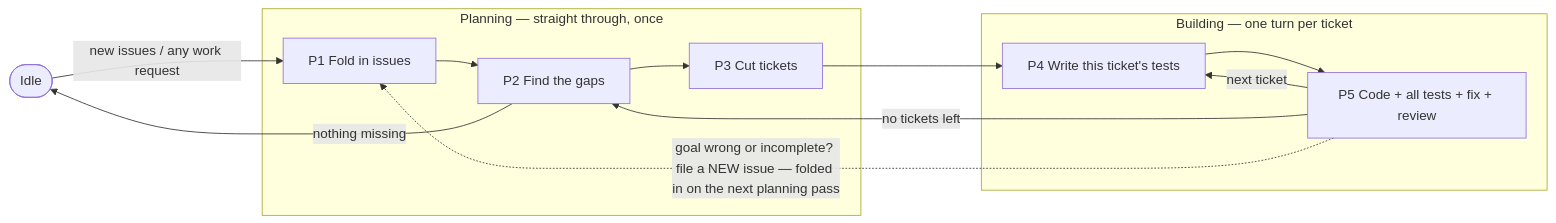
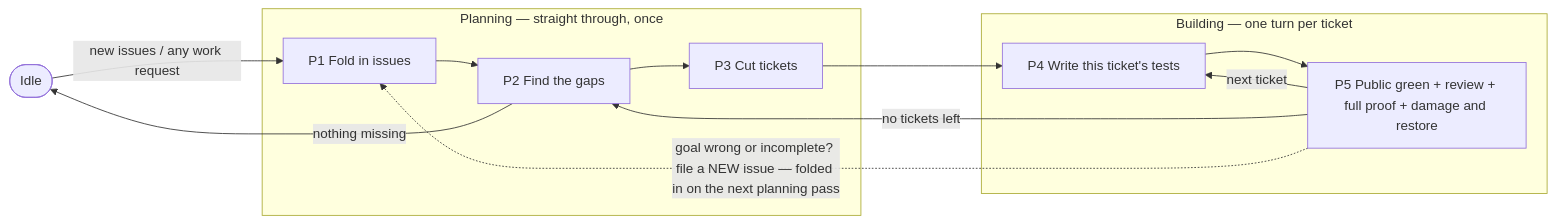
One commit to egoisth777/ratmac changed the diagram in .arca/schema.md. Above: the diagram before and after it, drawn with Mermaid. The commit also changed other lines of this file and 123 other files, not shown here.

````diff
--- a/.arca/schema.md
+++ b/.arca/schema.md
@@ -318,15 +321,15 @@
 ```mermaid
 flowchart LR
     IDLE([Idle]) -->|new issues / any work request| P1
     subgraph PLAN["Planning — straight through, once"]
         P1[P1 Fold in issues] --> P2[P2 Find the gaps] --> P3[P3 Cut tickets]
     end
     subgraph BUILD["Building — one turn per ticket"]
-        P4[P4 Write this ticket's tests] --> P5[P5 Code + all tests + fix + review]
+        P4[P4 Write this ticket's tests] --> P5[P5 Public green + review + full proof + damage and restore]
         P5 -->|next ticket| P4
     end
     P3 --> P4
     P5 -->|no tickets left| P2
     P2 -->|nothing missing| IDLE
     P5 -. "goal wrong or incomplete? file a NEW issue — folded in on the next planning pass" .-> P1
 ```
````
